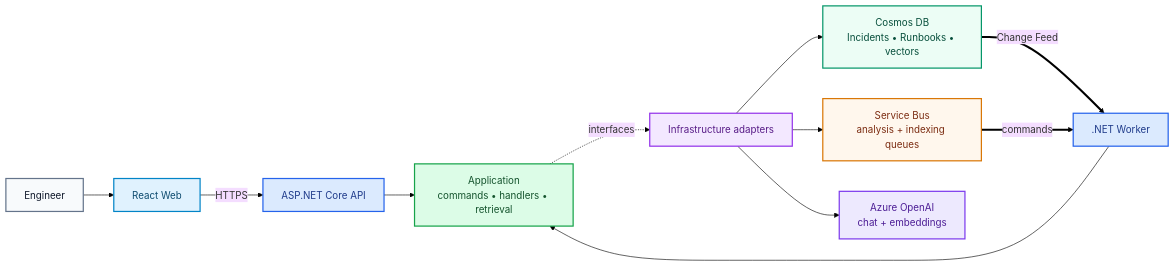
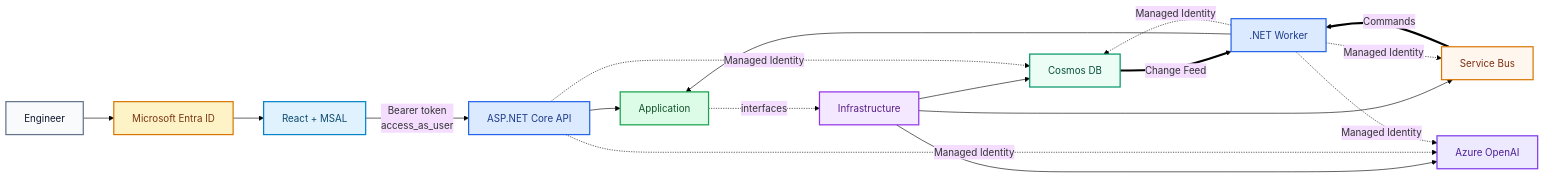
Before and after one commit to danielmusselwhite/IncidentIQ: the diagram in ReadMe.md, drawn with Mermaid. The commit also changed other lines of this file and 24 other files, not shown here.

````diff
--- a/ReadMe.md
+++ b/ReadMe.md
@@ -38,27 +37,34 @@
 ```mermaid
 %%{init: {"theme":"base","themeVariables":{"background":"#ffffff"}} }%%
 flowchart LR
-    User["Engineer"]:::user --> Web["React Web"]:::web
-    Web -->|"HTTPS"| API["ASP.NET Core API"]:::host
+    User["Engineer"]:::user --> Entra["Microsoft Entra ID"]:::identity
+    Entra --> Web["React + MSAL"]:::web
+    Web -->|"Bearer token<br/>access_as_user"| API["ASP.NET Core API"]:::host
 
-    API --> App["Application<br/>commands • handlers • retrieval"]:::app
+    API --> App["Application"]:::app
     Worker[".NET Worker"]:::host --> App
+    App -. interfaces .-> Infra["Infrastructure"]:::infra
 
-    App -. "interfaces" .-> Infra["Infrastructure adapters"]:::infra
+    Infra --> Cosmos["Cosmos DB"]:::data
+    Infra --> Bus["Service Bus"]:::msg
+    Infra --> AI["Azure OpenAI"]:::ai
 
-    Infra --> Cosmos["Cosmos DB<br/>Incidents • Runbooks • vectors"]:::data
-    Infra --> Bus["Service Bus<br/>analysis + indexing queues"]:::msg
-    Infra --> AI["Azure OpenAI<br/>chat + embeddings"]:::ai
+    Cosmos ==>|Change Feed| Worker
+    Bus ==>|Commands| Worker
 
-    Cosmos ==>|"Change Feed"| Worker
-    Bus ==>|"commands"| Worker
+    API -. "Managed Identity" .-> Cosmos
+    API -. "Managed Identity" .-> AI
+    Worker -. "Managed Identity" .-> Cosmos
+    Worker -. "Managed Identity" .-> Bus
+    Worker -. "Managed Identity" .-> AI
 
     classDef user fill:#f8fafc,stroke:#64748b,color:#0f172a,stroke-width:2px;
+    classDef identity fill:#fef3c7,stroke:#d97706,color:#78350f,stroke-width:2px;
     classDef web fill:#e0f2fe,stroke:#0284c7,color:#0c4a6e,stroke-width:2px;
     classDef host fill:#dbeafe,stroke:#2563eb,color:#1e3a8a,stroke-width:2px;
     classDef app fill:#dcfce7,stroke:#16a34a,color:#14532d,stroke-width:2px;
     classDef infra fill:#f3e8ff,stroke:#9333ea,color:#581c87,stroke-width:2px;
     classDef data fill:#ecfdf5,stroke:#059669,color:#064e3b,stroke-width:2px;
     classDef msg fill:#fff7ed,stroke:#d97706,color:#7c2d12,stroke-width:2px;
     classDef ai fill:#ede9fe,stroke:#7c3aed,color:#4c1d95,stroke-width:2px;
 ```
````
